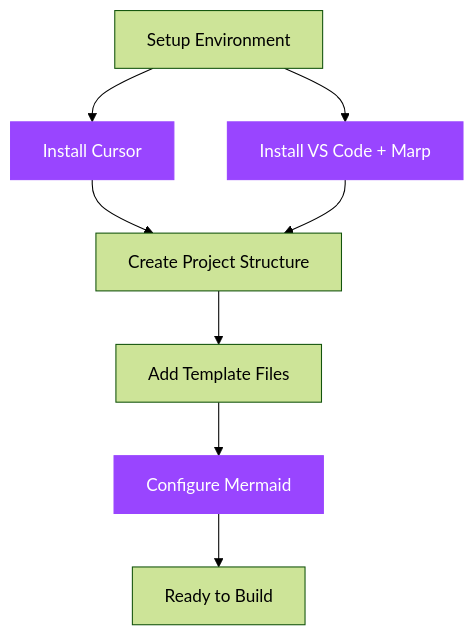
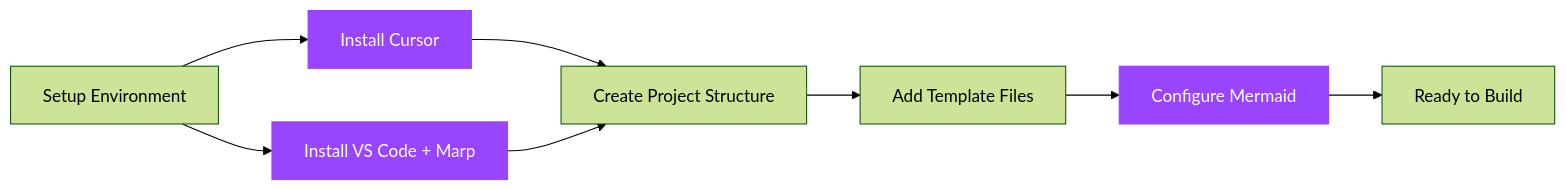
Before and after one commit to csmarc/AI-Guild-Cursor-Marp-Slides: the third of 5 diagrams in ai-guild-pitch-deck.md, drawn with Mermaid (forest theme). The commit also changed other lines of this file, not shown here.

```diff
--- a/ai-guild-pitch-deck.md
+++ b/ai-guild-pitch-deck.md
@@ -292,13 +322,13 @@
 <div class="mermaid">
-graph TD
+graph LR
     A[Setup Environment] --> B[Install Cursor]
     A --> C[Install VS Code + Marp]
     B --> D[Create Project Structure]
     C --> D
     D --> E[Add Template Files]
     E --> F[Configure Mermaid]
     F --> G[Ready to Build]
     style B fill:#9945FF,stroke:#9945FF,color:#FFFFFF
     style C fill:#9945FF,stroke:#9945FF,color:#FFFFFF
     style F fill:#9945FF,stroke:#9945FF,color:#FFFFFF
 </div>
```
